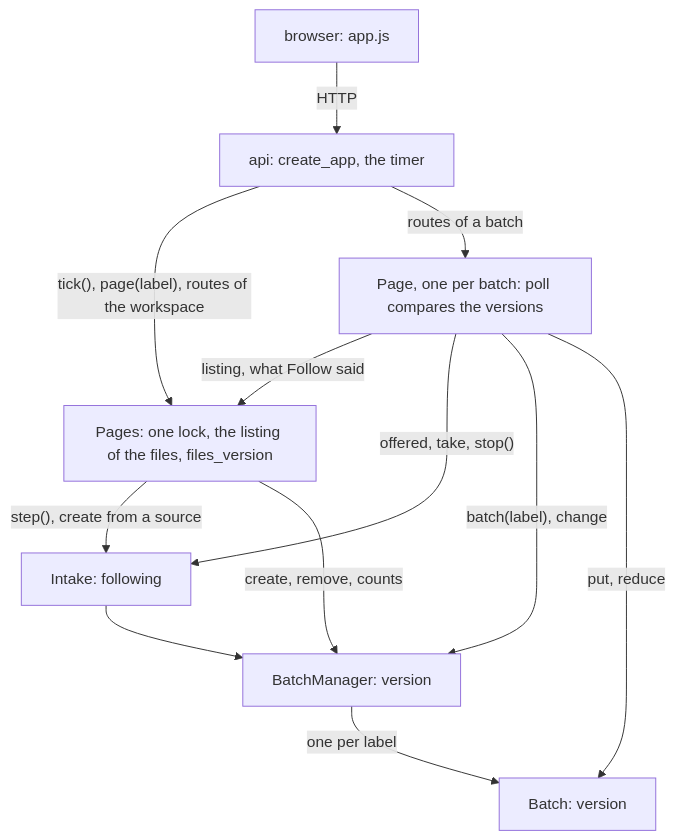
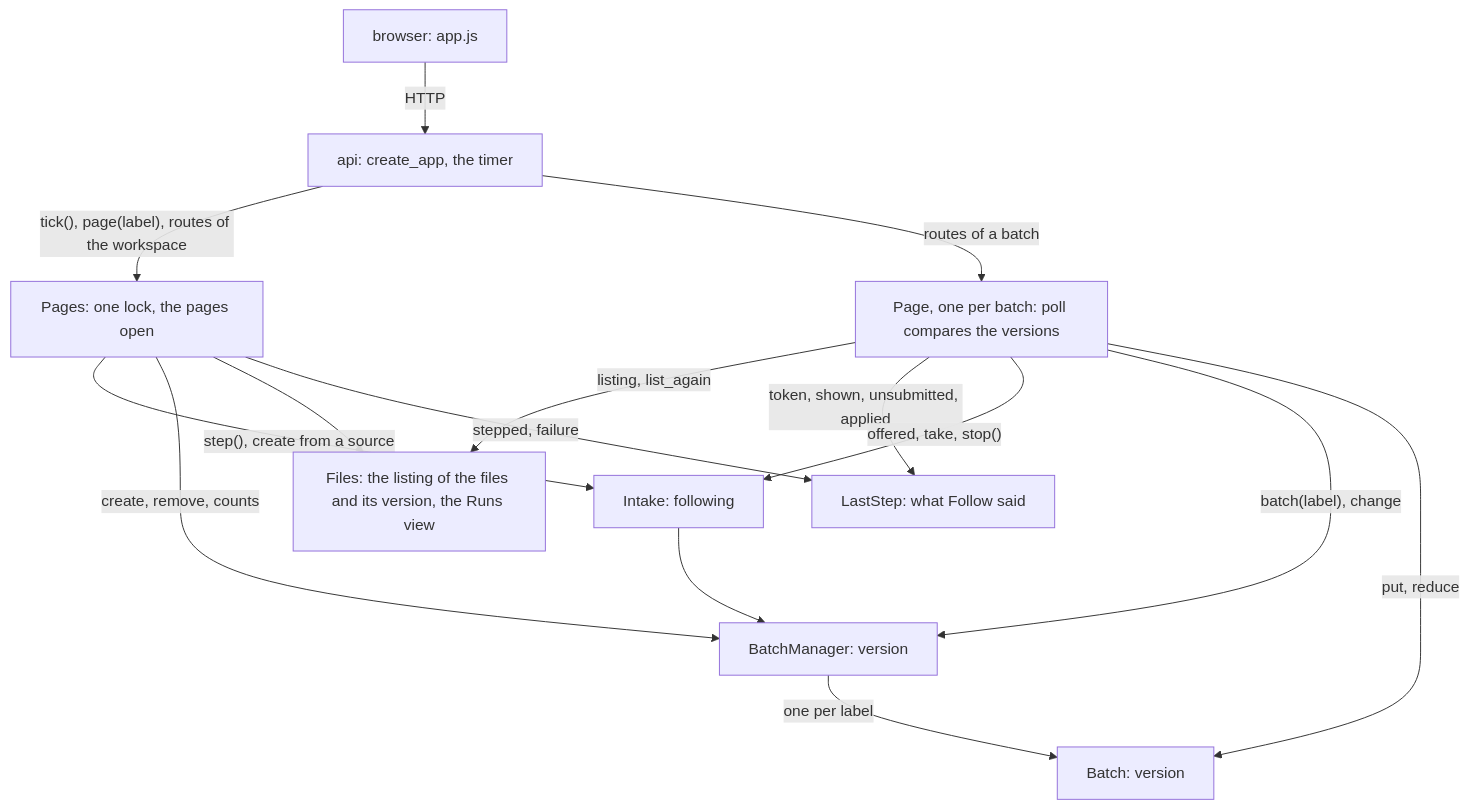
Before and after one commit to scipp/essapps: the second of 3 diagrams in packages/essbatch/src/ess/batch/web/README.md, drawn with Mermaid. The commit also changed other lines of this file and 6 other files, not shown here.

First line of the commit message:
web: Pages holds the files listed and what Follow said as two objects

````diff
--- a/packages/essbatch/src/ess/batch/web/README.md
+++ b/packages/essbatch/src/ess/batch/web/README.md
@@ -297,21 +297,26 @@
 ```mermaid
 flowchart TD
     browser["browser: app.js"]
     api["api: create_app, the timer"]
-    pages["Pages: one lock, the listing of the files, files_version"]
+    pages["Pages: one lock, the pages open"]
+    files["Files: the listing of the files and its version, the Runs view"]
+    follow["LastStep: what Follow said"]
     page["Page, one per batch: poll compares the versions"]
     intake["Intake: following"]
     manager["BatchManager: version"]
     batch["Batch: version"]
     browser -->|HTTP| api
     api -->|"tick(), page(label), routes of the workspace"| pages
     api -->|routes of a batch| page
     pages -->|"step(), create from a source"| intake
     pages -->|"create, remove, counts"| manager
-    page -->|"listing, what Follow said"| pages
+    pages --> files
+    pages -->|"stepped, failure"| follow
+    page -->|"listing, list_again"| files
+    page -->|"token, shown, unsubmitted, applied"| follow
     page -->|"offered, take, stop()"| intake
     page -->|"batch(label), change"| manager
     page -->|"put, reduce"| batch
     intake --> manager
     manager -->|one per label| batch
 ```
````
